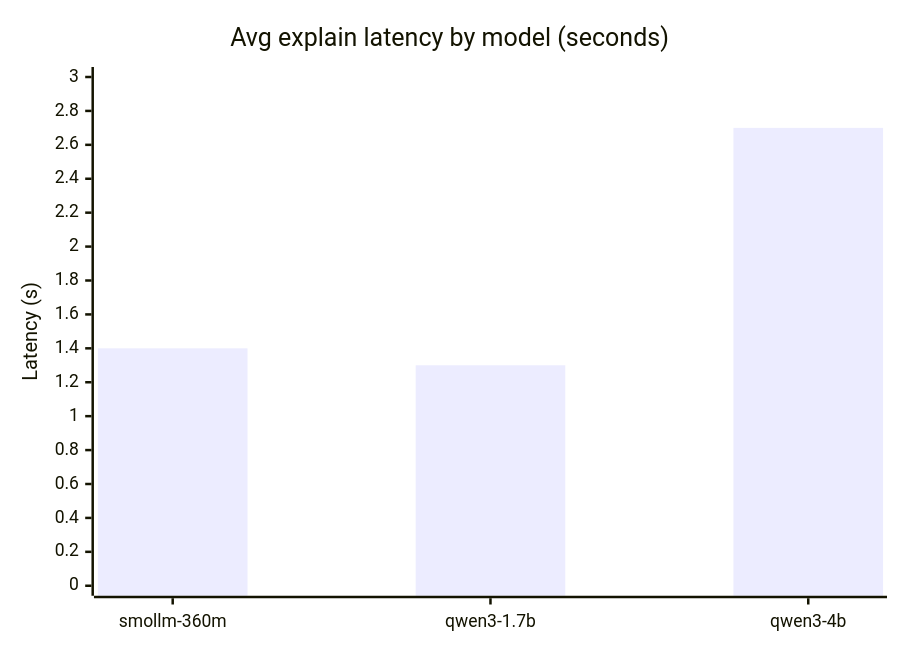
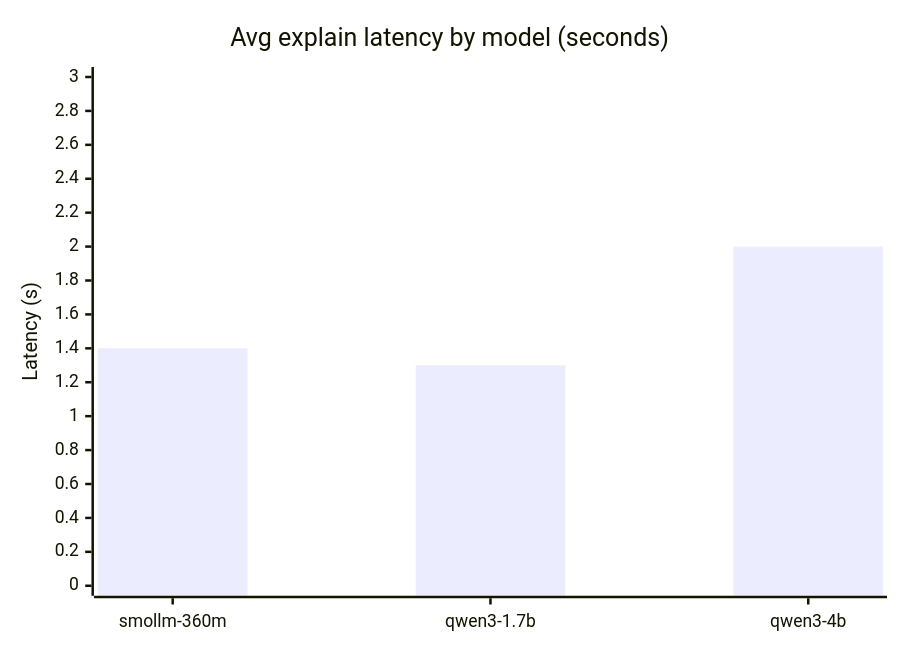
The second of 2 diagrams in README.md (ghazalb76/mimoe-port-check), drawn with Mermaid before and after one commit. The commit also changed other lines of this file and 1 other file, not shown here.

````diff
--- a/README.md
+++ b/README.md
@@ -101,7 +101,7 @@
 ```mermaid
 xychart-beta
     title "Avg explain latency by model (seconds)"
     x-axis [smollm-360m, qwen3-1.7b, qwen3-4b]
     y-axis "Latency (s)" 0 --> 3
-    bar [1.4, 1.3, 2.7]
+    bar [1.4, 1.3, 2.0]
 ```
````
